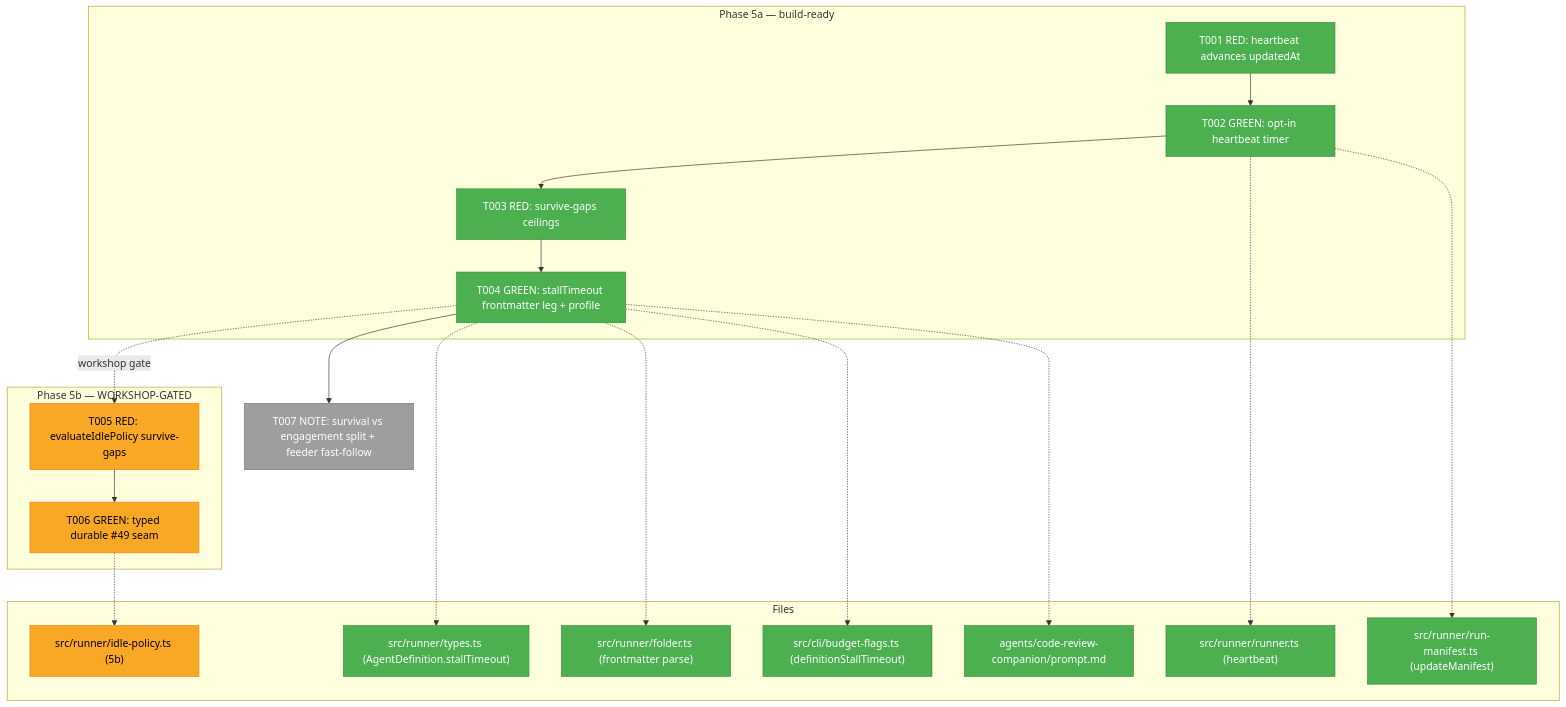
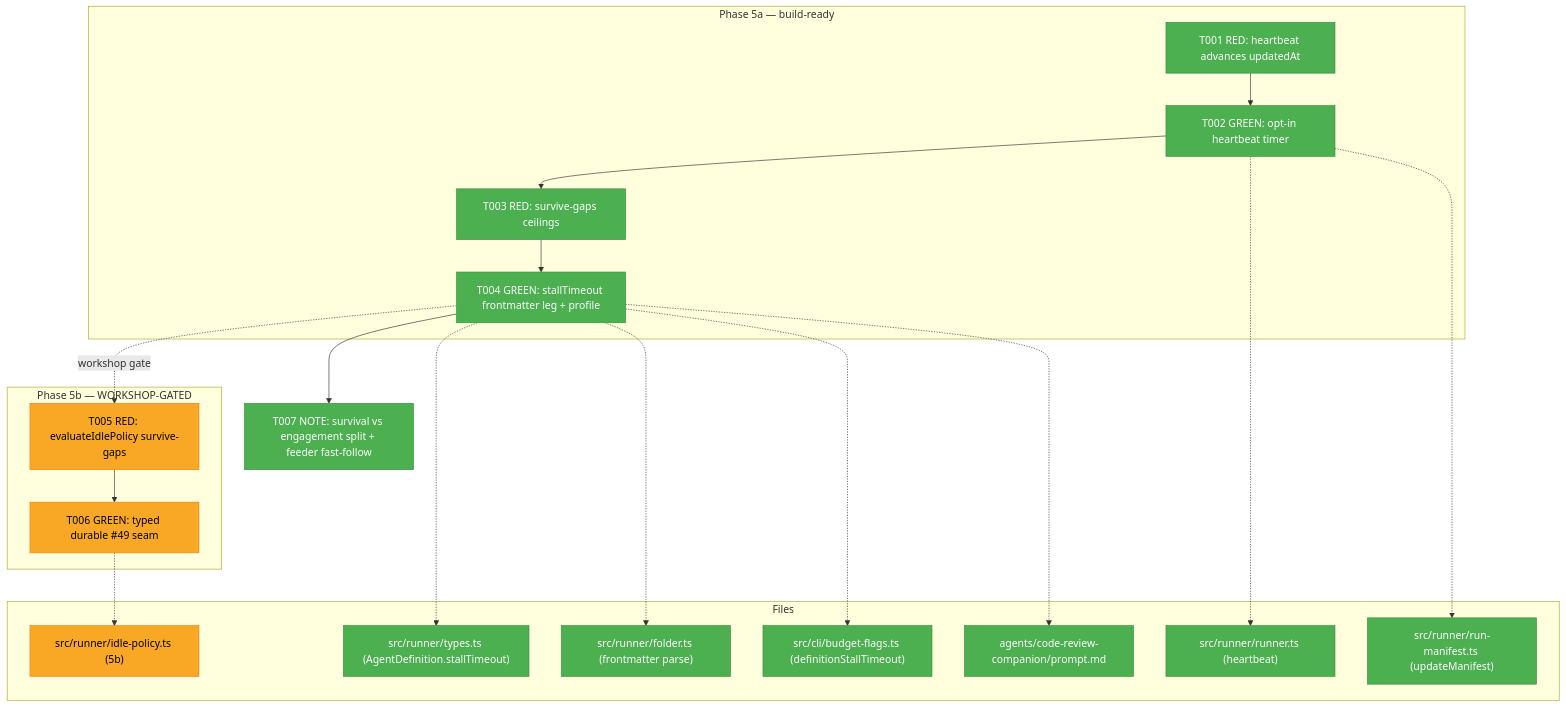
The first of 3 diagrams in docs/plans/028-companion-mode-reliability/tasks/phase-5-companion-longevity-human-gaps/tasks.md (AI-Substrate/minih), drawn with Mermaid before and after one commit. The commit also changed other lines of this file and 2 other files, not shown here.

Commit message:
docs(companion): survive-gaps profile + survival-vs-engagement split (plan 028 T007)
Documents the three companion killers (run-active staleness, stall watchdog, wall-clock) and the survive-gaps profile that addresses each; the heartbeat decoupling; that survival is necessary-not-sufficient (keeps the companion alive, does not feed it commits); and the deferred git-log-cursor -> outside inbox send feeder as the engagement-half fast-follow. AC-H proves alive, not that a review happened.

````diff
--- a/docs/plans/028-companion-mode-reliability/tasks/phase-5-companion-longevity-human-gaps/tasks.md
+++ b/docs/plans/028-companion-mode-reliability/tasks/phase-5-companion-longevity-human-gaps/tasks.md
@@ -94,43 +94,43 @@
 ```mermaid
 flowchart TD
     classDef pending fill:#9E9E9E,stroke:#757575,color:#fff
     classDef gated fill:#F9A825,stroke:#F57F17,color:#000
     classDef completed fill:#4CAF50,stroke:#388E3C,color:#fff
 
     subgraph P5a["Phase 5a — build-ready"]
         T001["T001 RED: heartbeat advances updatedAt"]:::completed
         T002["T002 GREEN: opt-in heartbeat timer"]:::completed
         T003["T003 RED: survive-gaps ceilings"]:::completed
         T004["T004 GREEN: stallTimeout frontmatter leg + profile"]:::completed
         T001 --> T002 --> T003 --> T004
     end
 
     subgraph P5b["Phase 5b — WORKSHOP-GATED"]
         T005["T005 RED: evaluateIdlePolicy survive-gaps"]:::gated
         T006["T006 GREEN: typed durable #49 seam"]:::gated
         T005 --> T006
     end
 
-    T007["T007 NOTE: survival vs engagement split + feeder fast-follow"]:::pending
+    T007["T007 NOTE: survival vs engagement split + feeder fast-follow"]:::completed
 
     T004 -.workshop gate.-> T005
     T004 --> T007
 
     subgraph Files["Files"]
         F1["src/runner/runner.ts (heartbeat)"]:::completed
         F2["src/runner/run-manifest.ts (updateManifest)"]:::completed
         F3["src/runner/types.ts (AgentDefinition.stallTimeout)"]:::completed
         F4["src/runner/folder.ts (frontmatter parse)"]:::completed
         F5["src/cli/budget-flags.ts (definitionStallTimeout)"]:::completed
         F6["agents/code-review-companion/prompt.md"]:::completed
         F7["src/runner/idle-policy.ts (5b)"]:::gated
     end
 
     T002 -.-> F1
     T002 -.-> F2
     T004 -.-> F3
     T004 -.-> F4
     T004 -.-> F5
     T004 -.-> F6
     T006 -.-> F7
 ```
````
